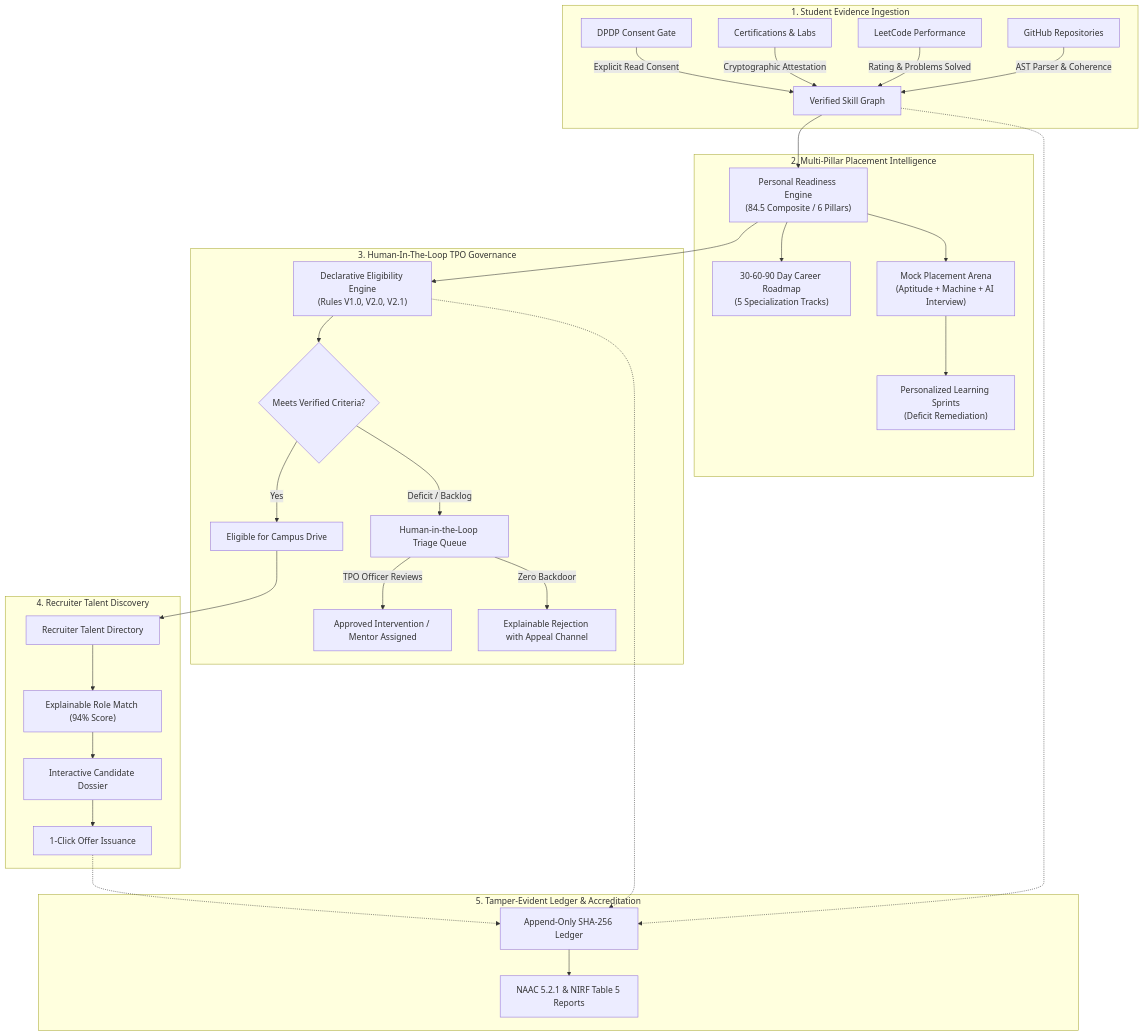
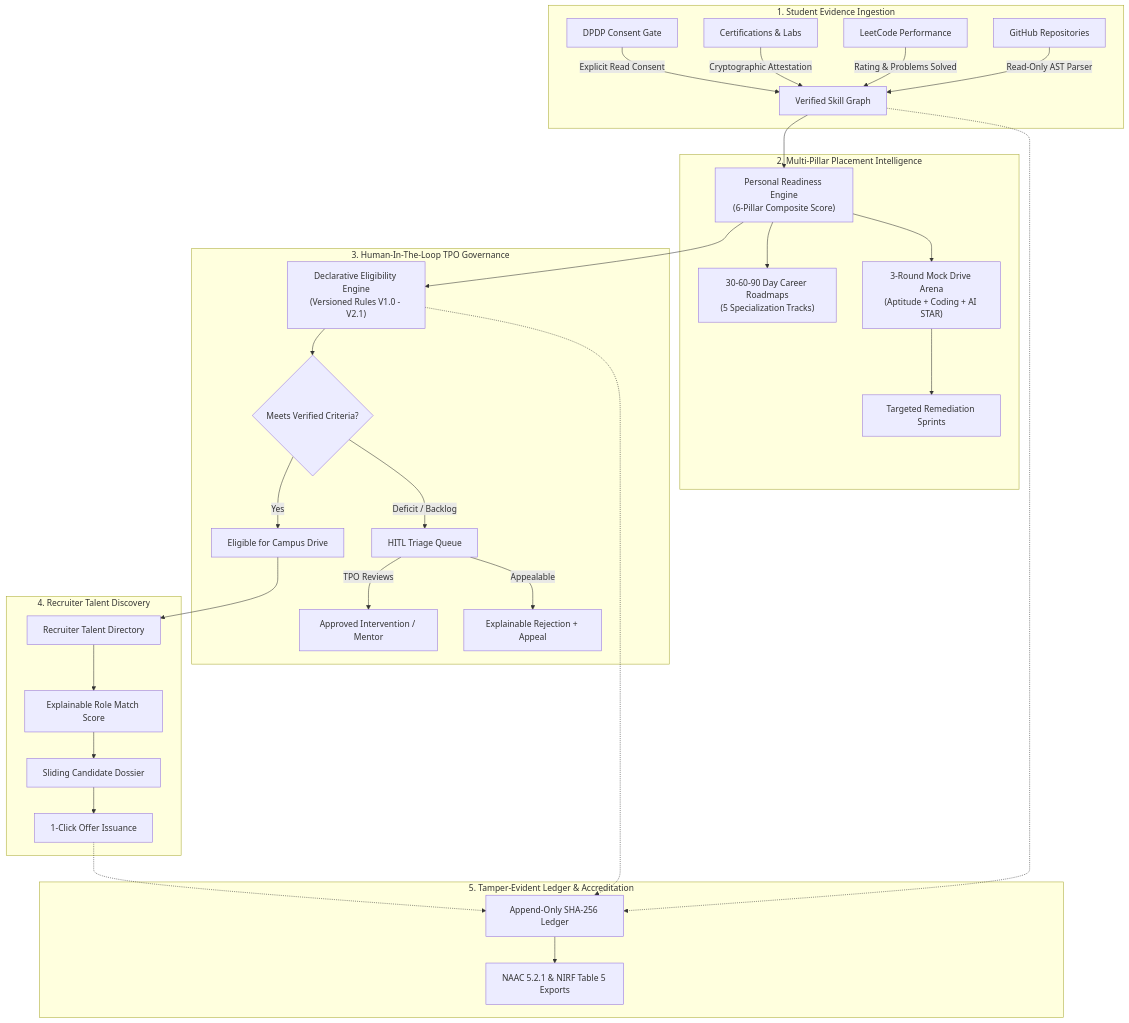
The first of 2 diagrams in README.md (nimeshsurvegg-lgtm/agentic-placement-intelligence), drawn with Mermaid before and after one commit. The commit also changed other lines of this file, not shown here.

````diff
--- a/README.md
+++ b/README.md
@@ -139,39 +157,77 @@
 ```mermaid
+
 flowchart TD
+
     subgraph Student["1. Student Evidence Ingestion"]
-        A["GitHub Repositories"] -->|"AST Parser & Coherence"| D["Verified Skill Graph"]
+
+        A["GitHub Repositories"] -->|"Read-Only AST Parser"| D["Verified Skill Graph"]
+
         B["LeetCode Performance"] -->|"Rating & Problems Solved"| D
+
         C["Certifications & Labs"] -->|"Cryptographic Attestation"| D
+
         P["DPDP Consent Gate"] -->|"Explicit Read Consent"| D
+
     end
 
+
+
     subgraph Intelligence["2. Multi-Pillar Placement Intelligence"]
-        D --> E["Personal Readiness Engine\n(84.5 Composite / 6 Pillars)"]
-        E --> F["30-60-90 Day Career Roadmap\n(5 Specialization Tracks)"]
-        E --> G["Mock Placement Arena\n(Aptitude + Machine + AI Interview)"]
-        G --> H["Personalized Learning Sprints\n(Deficit Remediation)"]
+
+        D --> E["Personal Readiness Engine\n(6-Pillar Composite Score)"]
+
+        E --> F["30-60-90 Day Career Roadmaps\n(5 Specialization Tracks)"]
+
+        E --> G["3-Round Mock Drive Arena\n(Aptitude + Coding + AI STAR)"]
+
+        G --> H["Targeted Remediation Sprints"]
+
     end
 
+
+
     subgraph Governance["3. Human-In-The-Loop TPO Governance"]
-        E --> I["Declarative Eligibility Engine\n(Rules V1.0, V2.0, V2.1)"]
+
+        E --> I["Declarative Eligibility Engine\n(Versioned Rules V1.0 - V2.1)"]
+
         I --> J{"Meets Verified Criteria?"}
+
         J -->|"Yes"| K["Eligible for Campus Drive"]
-        J -->|"Deficit / Backlog"| L["Human-in-the-Loop Triage Queue"]
-        L -->|"TPO Officer Reviews"| M["Approved Intervention / Mentor Assigned"]
-        L -->|"Zero Backdoor"| N["Explainable Rejection with Appeal Channel"]
+
+        J -->|"Deficit / Backlog"| L["HITL Triage Queue"]
+
+        L -->|"TPO Reviews"| M["Approved Intervention / Mentor"]
+
+        L -->|"Appealable"| N["Explainable Rejection + Appeal"]
+
     end
 
+
+
     subgraph Recruiter["4. Recruiter Talent Discovery"]
+
         K --> O["Recruiter Talent Directory"]
-        O --> Q["Explainable Role Match (94% Score)"]
-        Q --> R["Interactive Candidate Dossier"]
+
+        O --> Q["Explainable Role Match Score"]
+
+        Q --> R["Sliding Candidate Dossier"]
+
         R --> S["1-Click Offer Issuance"]
+
     end
 
+
+
     subgraph Ledger["5. Tamper-Evident Ledger & Accreditation"]
+
         D -.-> T["Append-Only SHA-256 Ledger"]
+
         I -.-> T
+
         S -.-> T
-        T --> U["NAAC 5.2.1 & NIRF Table 5 Reports"]
+
+        T --> U["NAAC 5.2.1 & NIRF Table 5 Exports"]
+
     end
+
 ```
````
